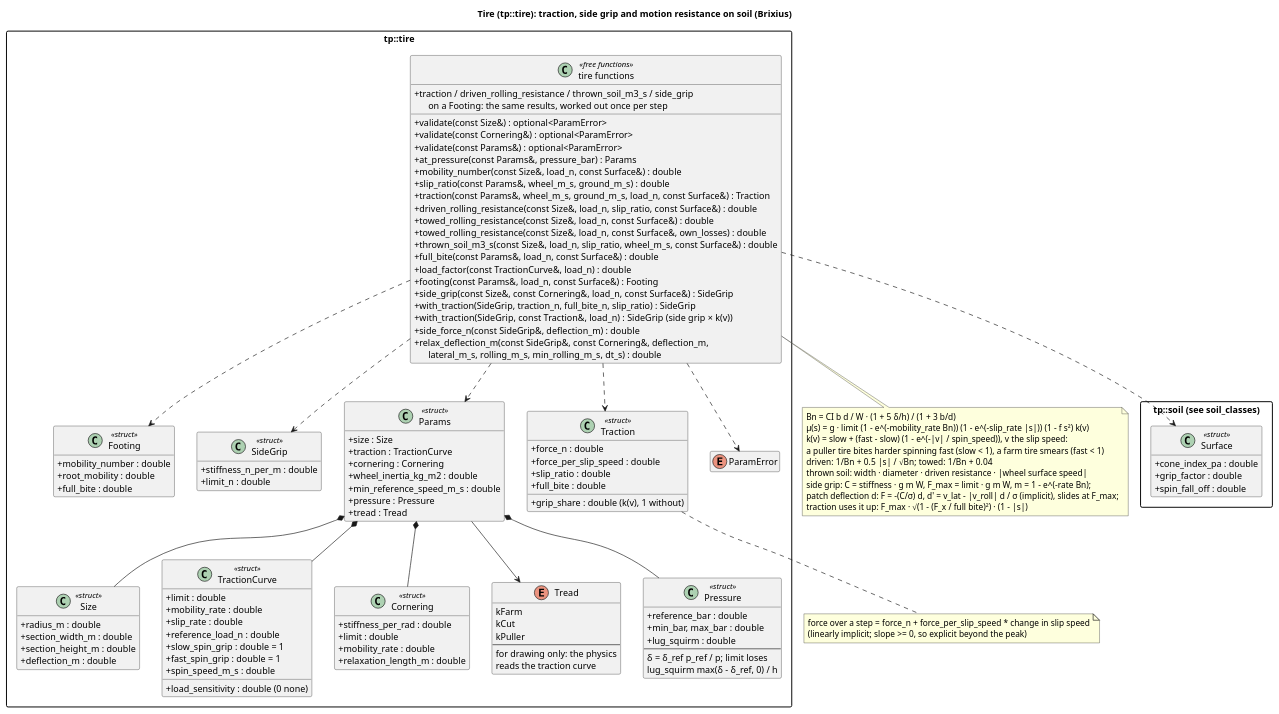
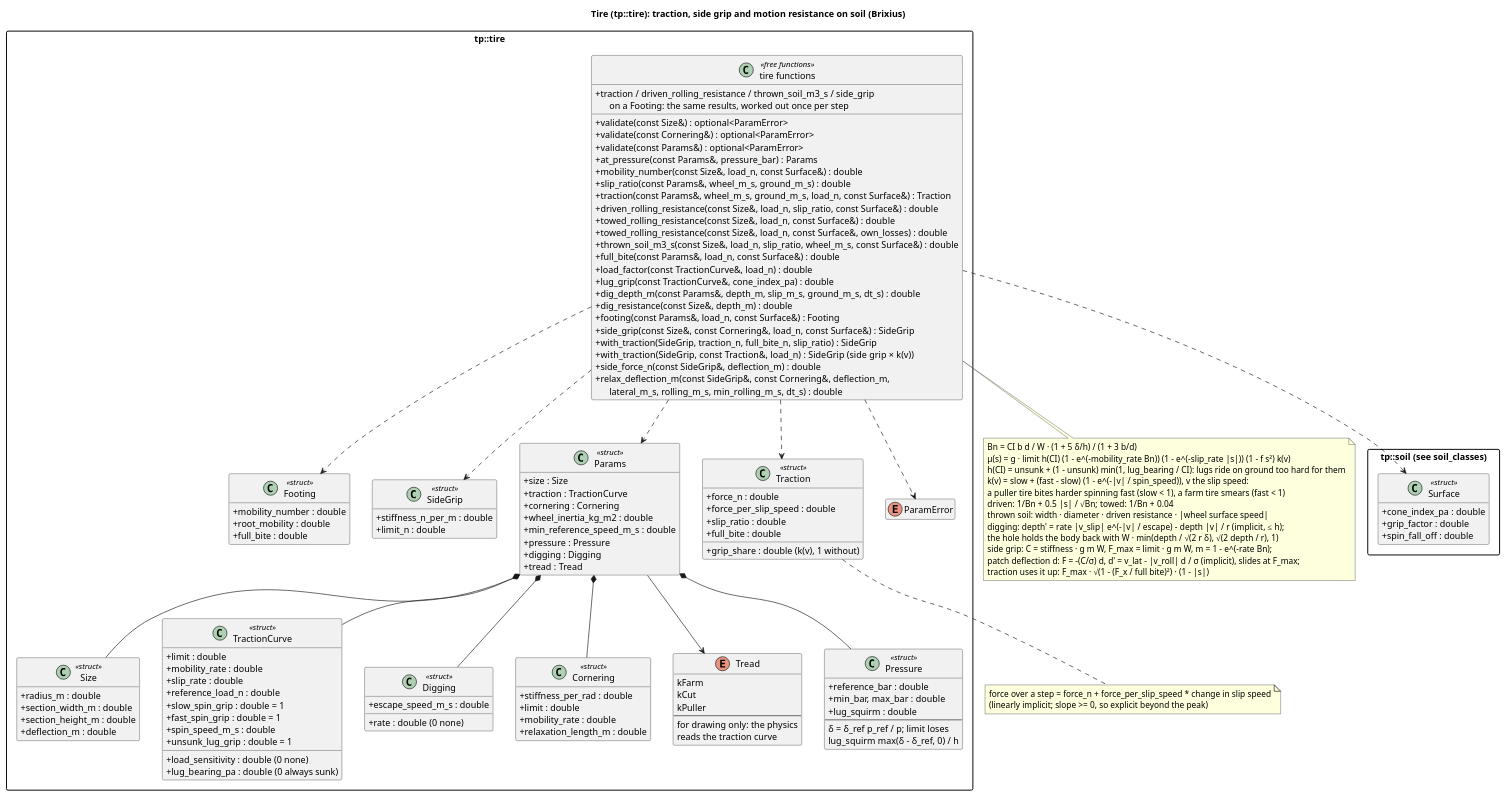
The diagram in docs/diagrams/tire_classes.puml (wversteeg/TractorPulling), drawn with PlantUML before and after one commit. The commit also changed 29 other files, not shown here.

First line of the commit message:
Tires: lugs ride on hard ground, tires dig themselves in (#146)

```diff
--- a/docs/diagrams/tire_classes.puml
+++ b/docs/diagrams/tire_classes.puml
@@ -1,129 +1,143 @@
 @startuml tire_classes
 title Tire (tp::tire): traction, side grip and motion resistance on soil (Brixius)
 hide empty members
 skinparam packageStyle rectangle
 skinparam classAttributeIconSize 0
 
 package "tp::soil (see soil_classes)" {
   class Surface <<struct>> {
     +cone_index_pa : double
     +grip_factor : double
     +spin_fall_off : double
   }
 }
 
 package "tp::tire" {
   class Size <<struct>> {
     +radius_m : double
     +section_width_m : double
     +section_height_m : double
     +deflection_m : double
   }
   class TractionCurve <<struct>> {
     +limit : double
     +mobility_rate : double
     +slip_rate : double
     +load_sensitivity : double (0 none)
     +reference_load_n : double
     +slow_spin_grip : double = 1
     +fast_spin_grip : double = 1
     +spin_speed_m_s : double
+    +lug_bearing_pa : double (0 always sunk)
+    +unsunk_lug_grip : double = 1
+  }
+  class Digging <<struct>> {
+    +rate : double (0 none)
+    +escape_speed_m_s : double
   }
   class Cornering <<struct>> {
     +stiffness_per_rad : double
     +limit : double
     +mobility_rate : double
     +relaxation_length_m : double
   }
   class Footing <<struct>> {
     +mobility_number : double
     +root_mobility : double
     +full_bite : double
   }
   class SideGrip <<struct>> {
     +stiffness_n_per_m : double
     +limit_n : double
   }
   class Params <<struct>> {
     +size : Size
     +traction : TractionCurve
     +cornering : Cornering
     +wheel_inertia_kg_m2 : double
     +min_reference_speed_m_s : double
     +pressure : Pressure
+    +digging : Digging
     +tread : Tread
   }
   enum Tread {
     kFarm
     kCut
     kPuller
     --
     for drawing only: the physics
     reads the traction curve
   }
   class Pressure <<struct>> {
     +reference_bar : double
     +min_bar, max_bar : double
     +lug_squirm : double
     --
     δ = δ_ref p_ref / p; limit loses
     lug_squirm max(δ - δ_ref, 0) / h
   }
   class Traction <<struct>> {
     +force_n : double
     +force_per_slip_speed : double
     +slip_ratio : double
     +full_bite : double
     +grip_share : double (k(v), 1 without)
   }
   enum ParamError
   class "tire functions" as TireFns <<free functions>> {
     +validate(const Size&) : optional<ParamError>
     +validate(const Cornering&) : optional<ParamError>
     +validate(const Params&) : optional<ParamError>
     +at_pressure(const Params&, pressure_bar) : Params
     +mobility_number(const Size&, load_n, const Surface&) : double
     +slip_ratio(const Params&, wheel_m_s, ground_m_s) : double
     +traction(const Params&, wheel_m_s, ground_m_s, load_n, const Surface&) : Traction
     +driven_rolling_resistance(const Size&, load_n, slip_ratio, const Surface&) : double
     +towed_rolling_resistance(const Size&, load_n, const Surface&) : double
     +towed_rolling_resistance(const Size&, load_n, const Surface&, own_losses) : double
     +thrown_soil_m3_s(const Size&, load_n, slip_ratio, wheel_m_s, const Surface&) : double
     +full_bite(const Params&, load_n, const Surface&) : double
     +load_factor(const TractionCurve&, load_n) : double
+    +lug_grip(const TractionCurve&, cone_index_pa) : double
+    +dig_depth_m(const Params&, depth_m, slip_m_s, ground_m_s, dt_s) : double
+    +dig_resistance(const Size&, depth_m) : double
     +footing(const Params&, load_n, const Surface&) : Footing
     +traction / driven_rolling_resistance / thrown_soil_m3_s / side_grip\n      on a Footing: the same results, worked out once per step
     +side_grip(const Size&, const Cornering&, load_n, const Surface&) : SideGrip
     +with_traction(SideGrip, traction_n, full_bite_n, slip_ratio) : SideGrip
     +with_traction(SideGrip, const Traction&, load_n) : SideGrip  (side grip × k(v))
     +side_force_n(const SideGrip&, deflection_m) : double
     +relax_deflection_m(const SideGrip&, const Cornering&, deflection_m,\n      lateral_m_s, rolling_m_s, min_rolling_m_s, dt_s) : double
   }
   Params *-- Size
   Params *-- TractionCurve
   Params *-- Cornering
   Params *-- Pressure
+  Params *-- Digging
   Params --> Tread
   TireFns ..> SideGrip
   TireFns ..> Footing
   TireFns ..> Params
   TireFns ..> Traction
   TireFns ..> ParamError
   TireFns ..> Surface
 }
 note bottom of TireFns
   Bn = CI b d / W · (1 + 5 δ/h) / (1 + 3 b/d)
-  μ(s) = g · limit (1 - e^(-mobility_rate Bn)) (1 - e^(-slip_rate |s|)) (1 - f s²) k(v)
+  μ(s) = g · limit h(CI) (1 - e^(-mobility_rate Bn)) (1 - e^(-slip_rate |s|)) (1 - f s²) k(v)
+  h(CI) = unsunk + (1 - unsunk) min(1, lug_bearing / CI): lugs ride on ground too hard for them
   k(v) = slow + (fast - slow) (1 - e^(-|v| / spin_speed)), v the slip speed:
   a puller tire bites harder spinning fast (slow < 1), a farm tire smears (fast < 1)
   driven: 1/Bn + 0.5 |s| / √Bn;  towed: 1/Bn + 0.04
   thrown soil: width · diameter · driven resistance · |wheel surface speed|
+  digging: depth' = rate |v_slip| e^(-|v| / escape) - depth |v| / r (implicit, ≤ h);
+  the hole holds the body back with W · min(depth / √(2 r δ), √(2 depth / r), 1)
   side grip: C = stiffness · g m W, F_max = limit · g m W, m = 1 - e^(-rate Bn);
   patch deflection d: F = -(C/σ) d, d' = v_lat - |v_roll| d / σ (implicit), slides at F_max;
   traction uses it up: F_max · √(1 - (F_x / full bite)²) · (1 - |s|)
 end note
 note bottom of Traction
   force over a step = force_n + force_per_slip_speed * change in slip speed
   (linearly implicit; slope >= 0, so explicit beyond the peak)
 end note
 @enduml
```
